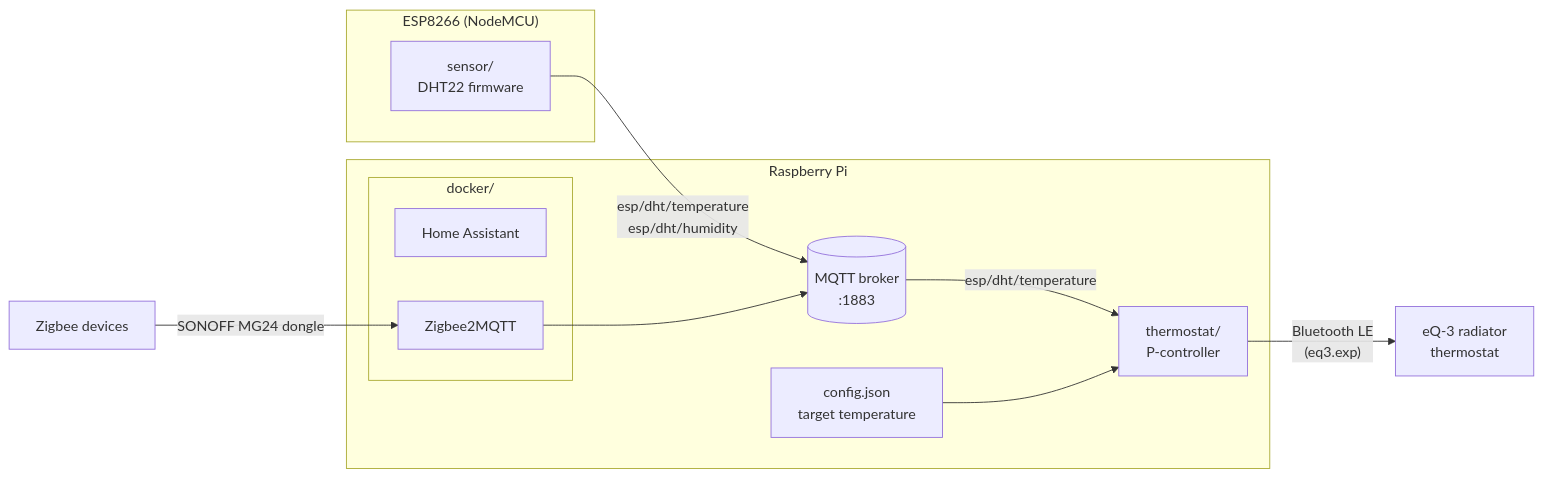
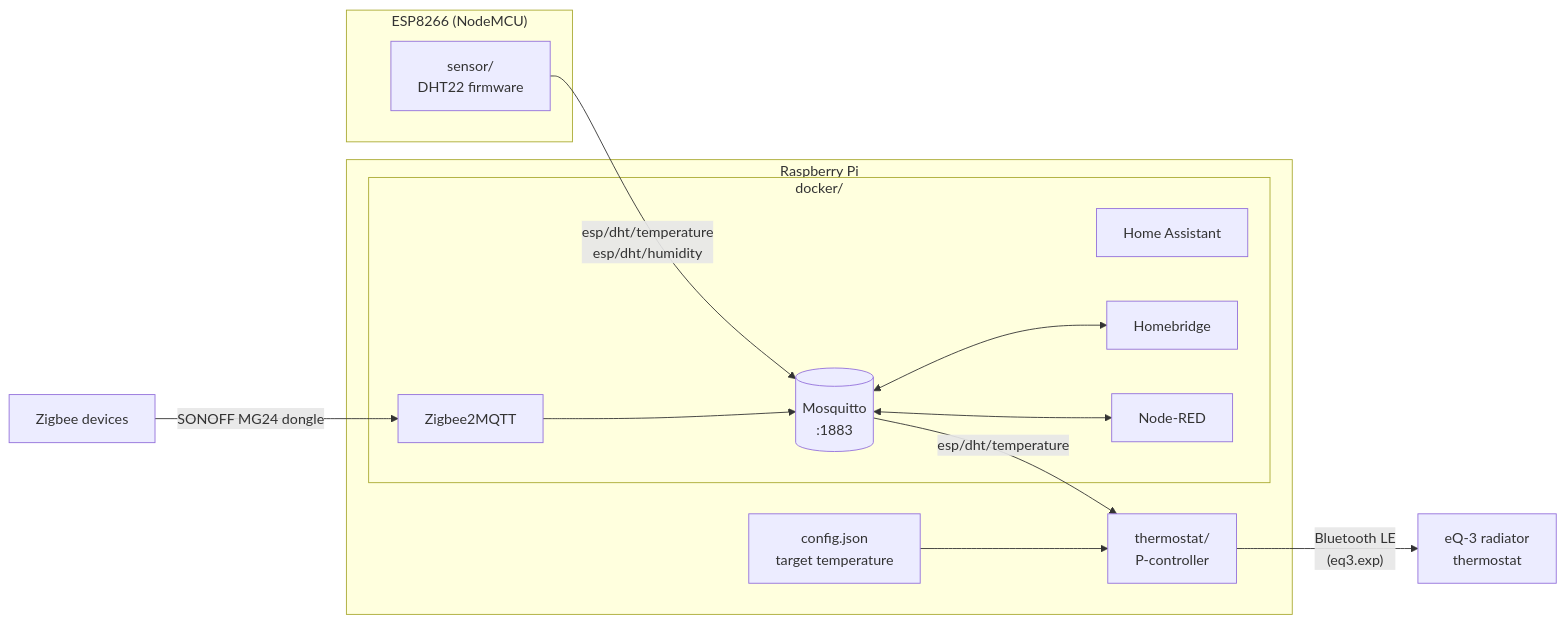
One commit to yuran-liang/smart-home changed the diagram in README.md. Above: the diagram before and after it, drawn with Mermaid. The commit also changed other lines of this file and 4 other files, not shown here.

First line of the commit message:
Add Mosquitto, Homebridge and Node-RED to the compose stack

````diff
--- a/README.md
+++ b/README.md
@@ -9,26 +10,30 @@
 ```mermaid
 flowchart LR
     subgraph ESP["ESP8266 (NodeMCU)"]
         S["sensor/<br/>DHT22 firmware"]
     end
 
     subgraph PI["Raspberry Pi"]
-        B[("MQTT broker<br/>:1883")]
         T["thermostat/<br/>P-controller"]
         C["config.json<br/>target temperature"]
         subgraph D["docker/"]
+            B[("Mosquitto<br/>:1883")]
             HA["Home Assistant"]
             Z["Zigbee2MQTT"]
+            HB["Homebridge"]
+            NR["Node-RED"]
         end
     end
 
     V["eQ-3 radiator<br/>thermostat"]
     ZD["Zigbee devices"]
 
     S -- "esp/dht/temperature<br/>esp/dht/humidity" --> B
     B -- "esp/dht/temperature" --> T
     C --> T
     T -- "Bluetooth LE<br/>(eq3.exp)" --> V
     ZD -- "SONOFF MG24 dongle" --> Z
     Z --> B
+    B <--> HB
+    B <--> NR
 ```
````
